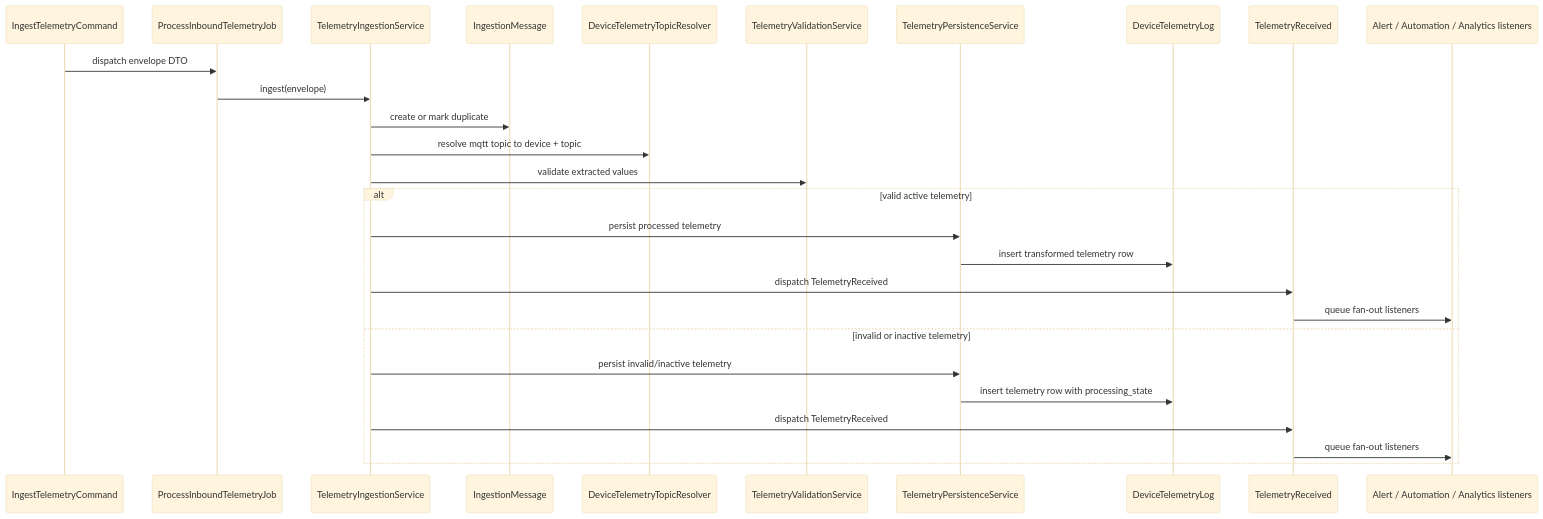
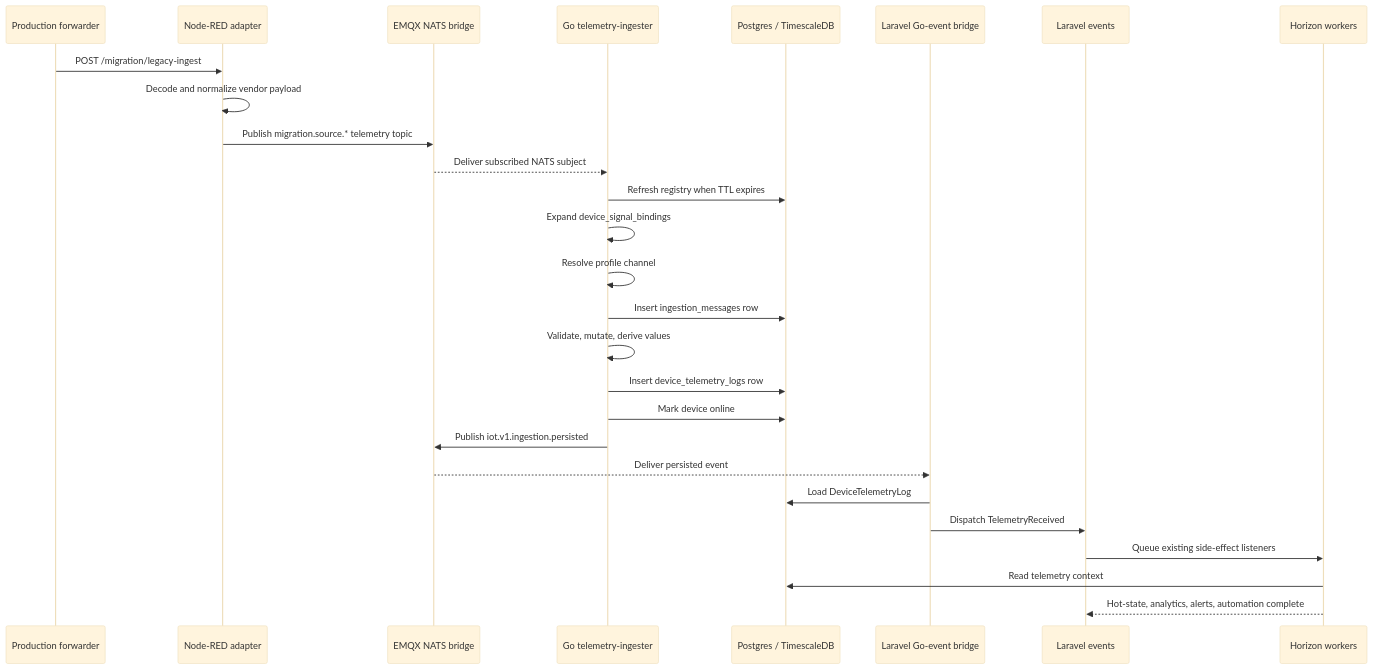
Before and after one commit to Althinect/iot-portal: the second of 6 diagrams in docs/data-ingestion/02-architecture.md, drawn with Mermaid (base theme). The commit also changed other lines of this file and 23 other files, not shown here.

````diff
--- a/docs/data-ingestion/02-architecture.md
+++ b/docs/data-ingestion/02-architecture.md
@@ -50,30 +59,32 @@
 ```mermaid
 sequenceDiagram
-  participant Cmd as IngestTelemetryCommand
-  participant Job as ProcessInboundTelemetryJob
-  participant Pipe as TelemetryIngestionService
-  participant Msg as IngestionMessage
-  participant Topic as DeviceTelemetryTopicResolver
-  participant Validate as TelemetryValidationService
-  participant Persist as TelemetryPersistenceService
-  participant Log as DeviceTelemetryLog
-  participant Event as TelemetryReceived
-  participant SideFx as Alert / Automation / Analytics listeners
+    participant Prod as Production forwarder
+    participant NodeRED as Node-RED adapter
+    participant EMQX as EMQX NATS bridge
+    participant Go as Go telemetry-ingester
+    participant DB as Postgres / TimescaleDB
+    participant Bridge as Laravel Go-event bridge
+    participant Events as Laravel events
+    participant Horizon as Horizon workers
 
-  Cmd->>Job: dispatch envelope DTO
-  Job->>Pipe: ingest(envelope)
-  Pipe->>Msg: create or mark duplicate
-  Pipe->>Topic: resolve mqtt topic to device + topic
-  Pipe->>Validate: validate extracted values
-  alt valid active telemetry
-    Pipe->>Persist: persist processed telemetry
-    Persist->>Log: insert transformed telemetry row
-    Pipe->>Event: dispatch TelemetryReceived
-    Event->>SideFx: queue fan-out listeners
-  else invalid or inactive telemetry
-    Pipe->>Persist: persist invalid/inactive telemetry
-    Persist->>Log: insert telemetry row with processing_state
-    Pipe->>Event: dispatch TelemetryReceived
-    Event->>SideFx: queue fan-out listeners
-  end
+    Prod->>NodeRED: POST /migration/legacy-ingest
+    NodeRED->>NodeRED: Decode and normalize vendor payload
+    NodeRED->>EMQX: Publish migration.source.* telemetry topic
+    EMQX-->>Go: Deliver subscribed NATS subject
+
+    Go->>DB: Refresh registry when TTL expires
+    Go->>Go: Expand device_signal_bindings
+    Go->>Go: Resolve profile channel
+    Go->>DB: Insert ingestion_messages row
+    Go->>Go: Validate, mutate, derive values
+    Go->>DB: Insert device_telemetry_logs row
+    Go->>DB: Mark device online
+    Go->>EMQX: Publish iot.v1.ingestion.persisted
+
+    EMQX-->>Bridge: Deliver persisted event
+    Bridge->>DB: Load DeviceTelemetryLog
+    Bridge->>Events: Dispatch TelemetryReceived
+    Events->>Horizon: Queue existing side-effect listeners
+    Horizon->>DB: Read telemetry context
+    Horizon-->>Events: Hot-state, analytics, alerts, automation complete
 ```
````
